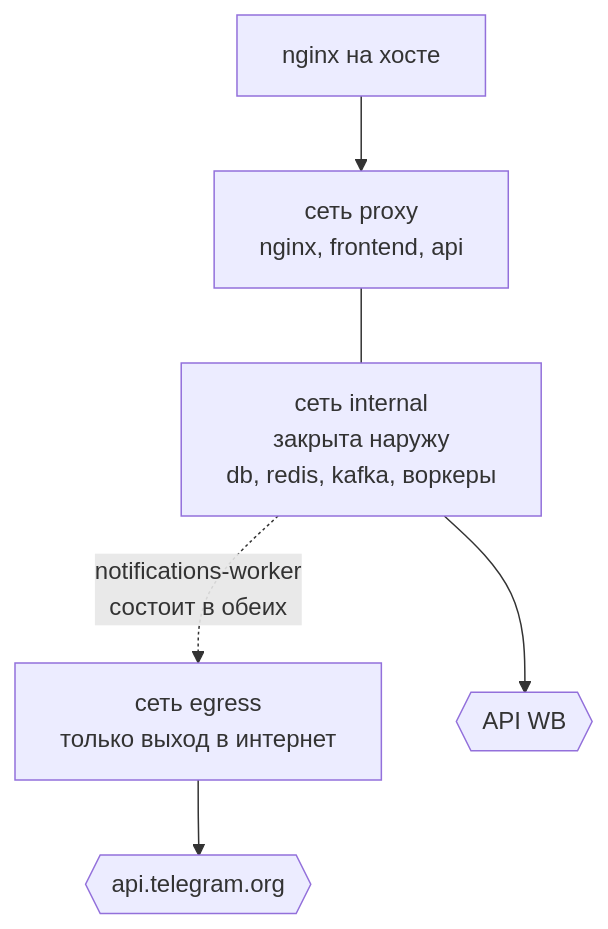
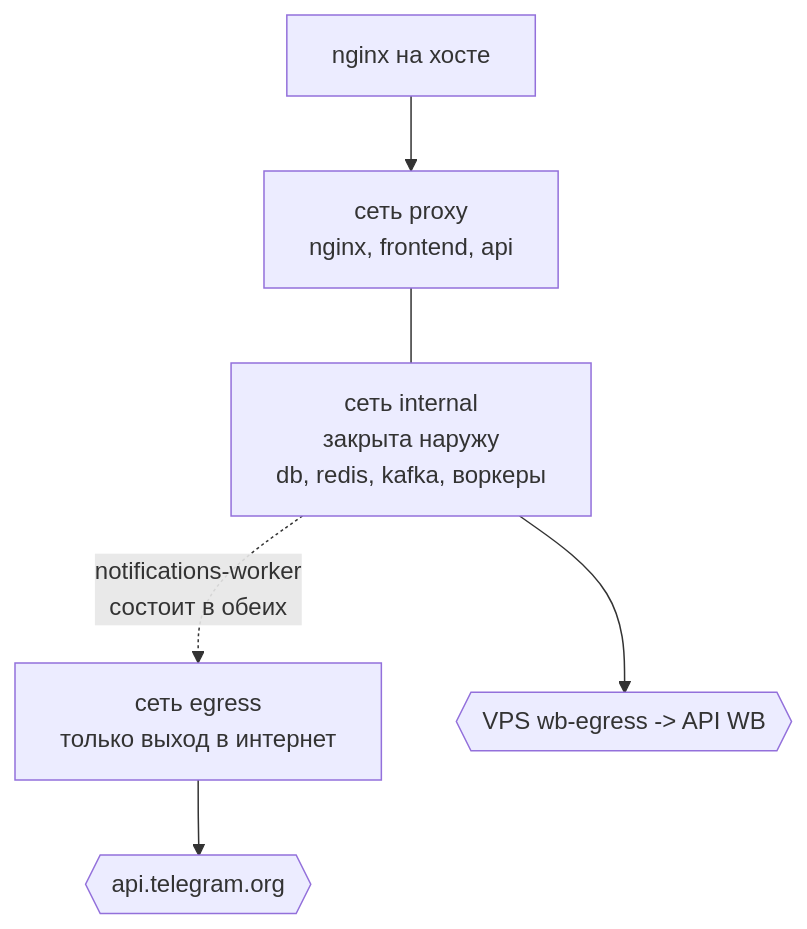
The first of 3 diagrams in docs/architecture/NETWORK_AND_EGRESS.md (krionefishy/karbi), drawn with Mermaid before and after one commit. The commit also changed other lines of this file and 72 other files, not shown here.

````diff
--- a/docs/architecture/NETWORK_AND_EGRESS.md
+++ b/docs/architecture/NETWORK_AND_EGRESS.md
@@ -13,16 +13,16 @@
 ```mermaid
 flowchart TB
     net_proxy["сеть proxy<br/>nginx, frontend, api"]
     net_internal["сеть internal<br/>закрыта наружу<br/>db, redis, kafka, воркеры"]
     net_egress["сеть egress<br/>только выход в интернет"]
 
     tg{{"api.telegram.org"}}
-    wb{{"API WB"}}
+    egress_vps{{"VPS wb-egress -> API WB"}}
     host["nginx на хосте"]
 
     host --> net_proxy
     net_proxy --- net_internal
-    net_internal --> wb
+    net_internal --> egress_vps
     net_egress --> tg
     net_internal -.->|"notifications-worker<br/>состоит в обеих"| net_egress
 ```
````
